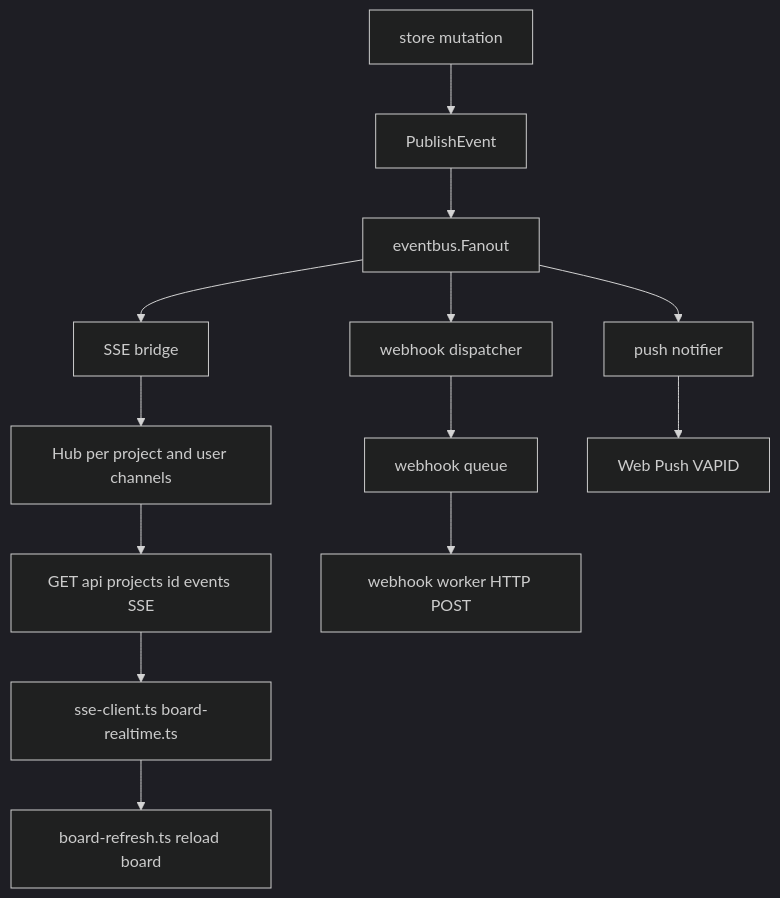
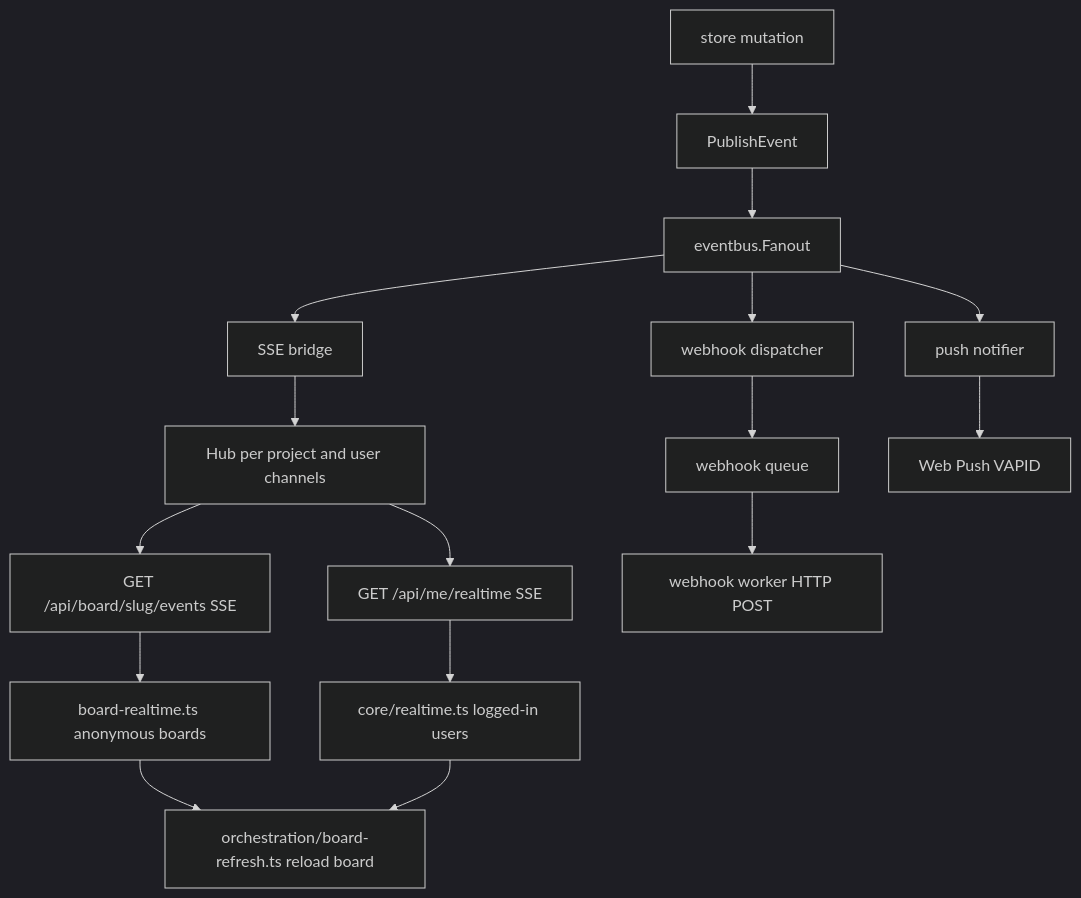
Before and after one commit to bhardwajRahul/scrumboy: the diagram in docs/diagrams/scrumboy_realtime_events.md, drawn with Mermaid (dark theme). The commit also changed other lines of this file and 10 other files, not shown here.

Commit message:
update documentation and diagrams to reflect current architectural reality

````diff
--- a/docs/diagrams/scrumboy_realtime_events.md
+++ b/docs/diagrams/scrumboy_realtime_events.md
@@ -5,21 +5,24 @@
 ```mermaid
 flowchart TB
   Mut[store mutation]
   Pub[PublishEvent]
   Fan[eventbus.Fanout]
 
   Mut --> Pub --> Fan
   Fan --> Bridge[SSE bridge]
   Fan --> WHDisp[webhook dispatcher]
   Fan --> PushN[push notifier]
 
   Bridge --> Hub[Hub per project and user channels]
-  Hub --> SSE["GET api projects id events SSE"]
-  SSE --> Client[sse-client.ts board-realtime.ts]
-  Client --> Refresh[board-refresh.ts reload board]
+  Hub --> BoardSSE["GET /api/board/slug/events SSE"]
+  Hub --> UserSSE["GET /api/me/realtime SSE"]
+  BoardSSE --> AnonClient[board-realtime.ts anonymous boards]
+  UserSSE --> LoggedClient[core/realtime.ts logged-in users]
+  AnonClient --> Refresh[orchestration/board-refresh.ts reload board]
+  LoggedClient --> Refresh
 
   WHDisp --> Queue[webhook queue]
   Queue --> Worker[webhook worker HTTP POST]
 
   PushN --> VAPID[Web Push VAPID]
 ```
````
